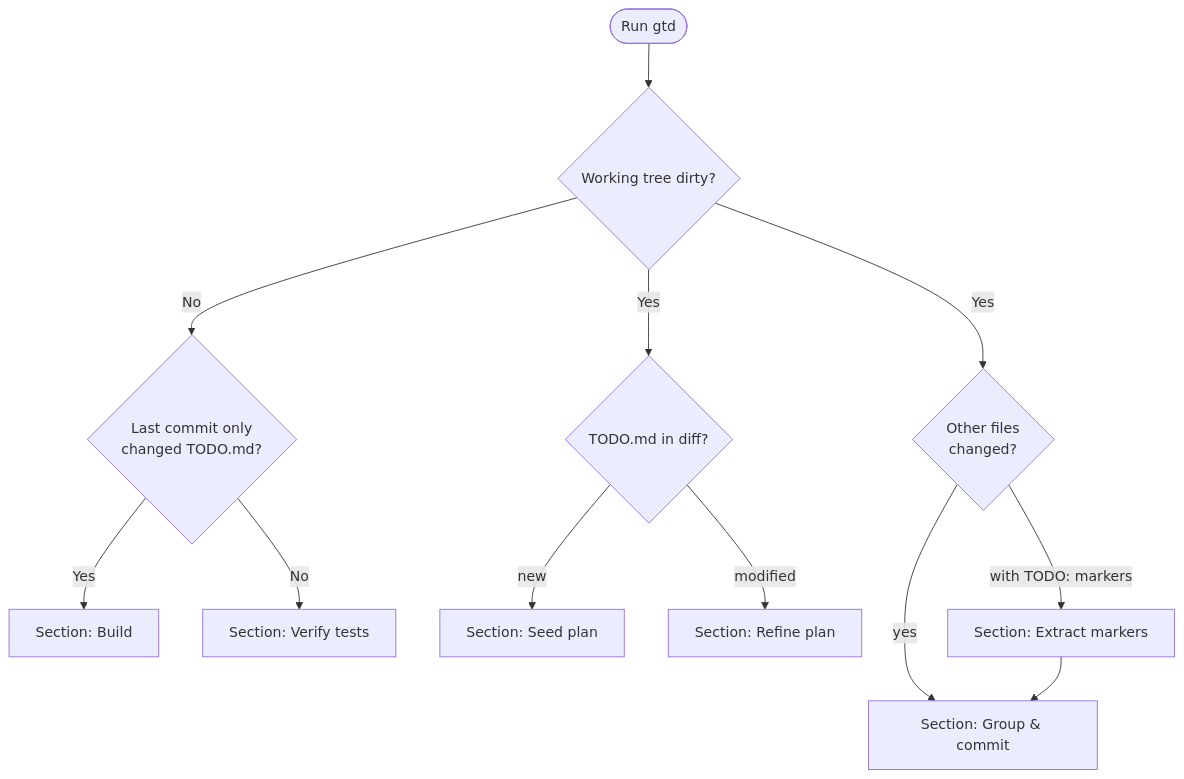
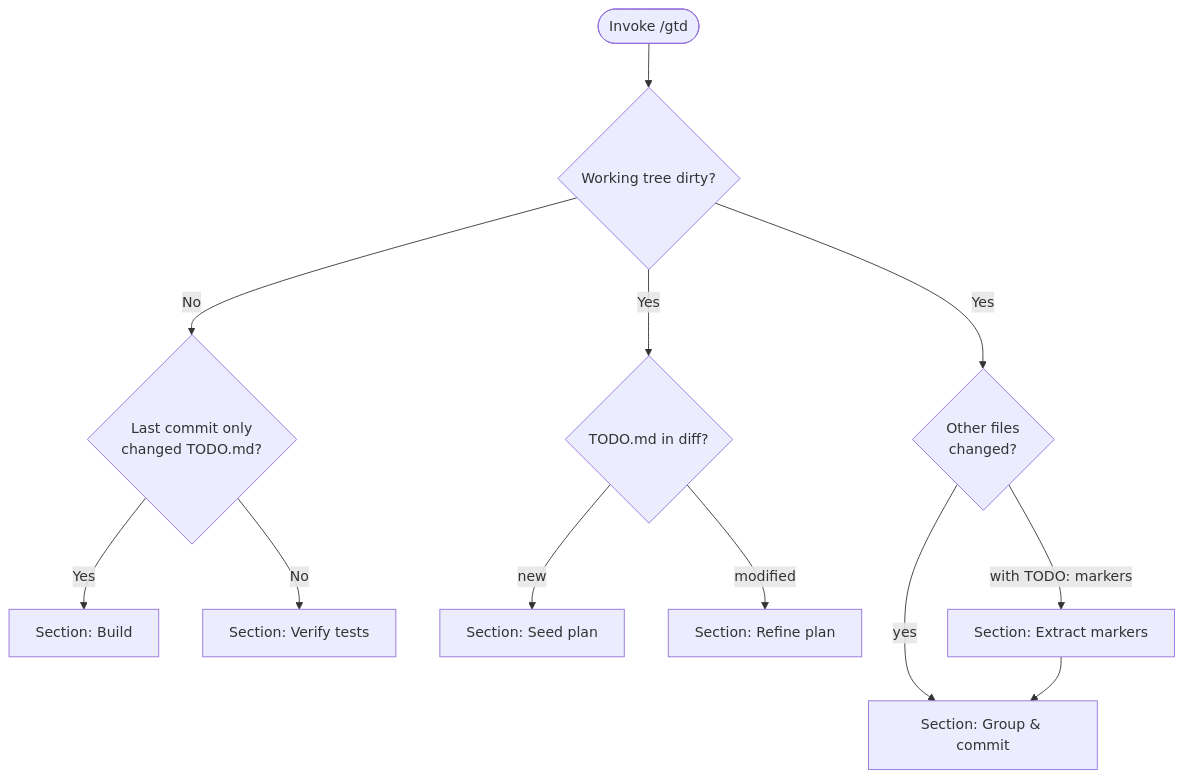
The diagram in README.md (pmelab/gtd), drawn with Mermaid before and after one commit. The commit also changed other lines of this file, not shown here.

````diff
--- a/README.md
+++ b/README.md
@@ -69,14 +60,14 @@
 ```mermaid
 flowchart TD
-    Start([Run gtd]) --> Dirty{Working tree dirty?}
+    Start([Invoke /gtd]) --> Dirty{Working tree dirty?}
     Dirty -->|No| Last{Last commit only<br/>changed TODO.md?}
     Last -->|Yes| Build[Section: Build]
     Last -->|No| Verify[Section: Verify tests]
     Dirty -->|Yes| Todo{TODO.md in diff?}
     Todo -->|new| Seed[Section: Seed plan]
     Todo -->|modified| Refine[Section: Refine plan]
     Dirty -->|Yes| Other{Other files<br/>changed?}
     Other -->|with TODO: markers| Markers[Section: Extract markers]
     Other -->|yes| Commit[Section: Group & commit]
     Markers --> Commit
 ```
````
